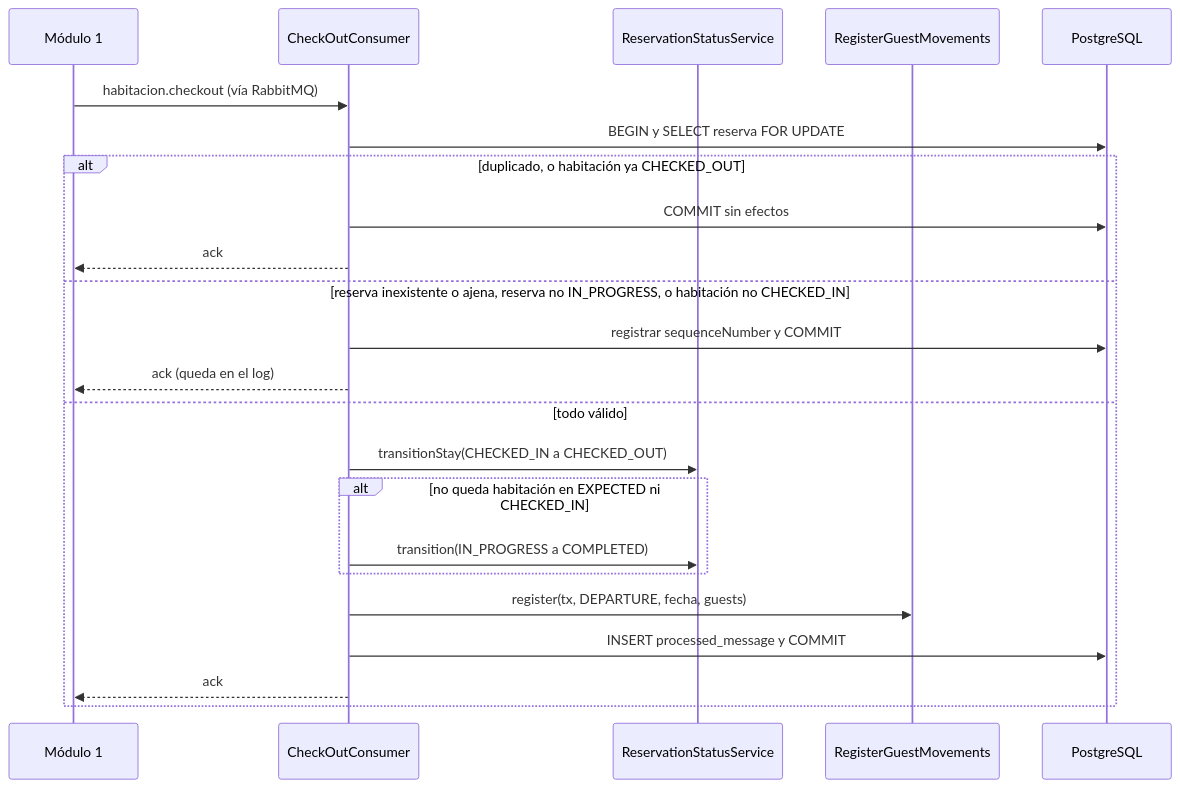
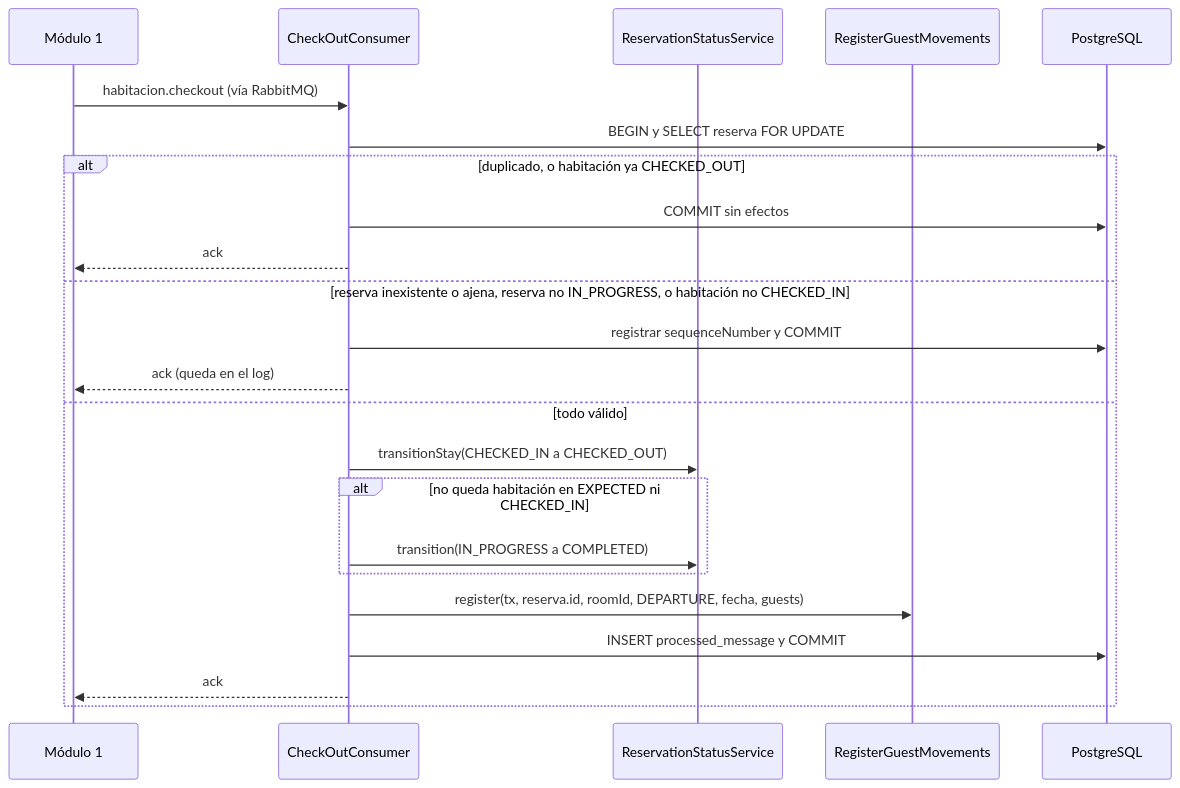
The fourth of 5 diagrams in specs/update-reservation/plan.md (Lapicero312-lapi/HOSPITUA-MOD-2), drawn with Mermaid before and after one commit. The commit also changed other lines of this file and 2 other files, not shown here.

````diff
--- a/specs/update-reservation/plan.md
+++ b/specs/update-reservation/plan.md
@@ -628,26 +636,26 @@
 ```mermaid
 sequenceDiagram
     participant M1 as Módulo 1
     participant K as CheckOutConsumer
     participant S as ReservationStatusService
     participant G as RegisterGuestMovements
     participant DB as PostgreSQL
 
     M1->>K: habitacion.checkout (vía RabbitMQ)
     K->>DB: BEGIN y SELECT reserva FOR UPDATE
     alt duplicado, o habitación ya CHECKED_OUT
         K->>DB: COMMIT sin efectos
         K-->>M1: ack
     else reserva inexistente o ajena, reserva no IN_PROGRESS, o habitación no CHECKED_IN
         K->>DB: registrar sequenceNumber y COMMIT
         K-->>M1: ack (queda en el log)
     else todo válido
         K->>S: transitionStay(CHECKED_IN a CHECKED_OUT)
         alt no queda habitación en EXPECTED ni CHECKED_IN
             K->>S: transition(IN_PROGRESS a COMPLETED)
         end
-        K->>G: register(tx, DEPARTURE, fecha, guests)
+        K->>G: register(tx, reserva.id, roomId, DEPARTURE, fecha, guests)
         K->>DB: INSERT processed_message y COMMIT
         K-->>M1: ack
     end
 ```
````
